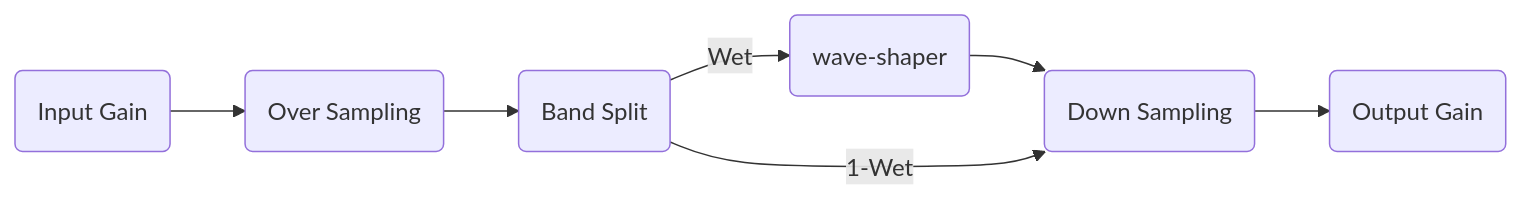
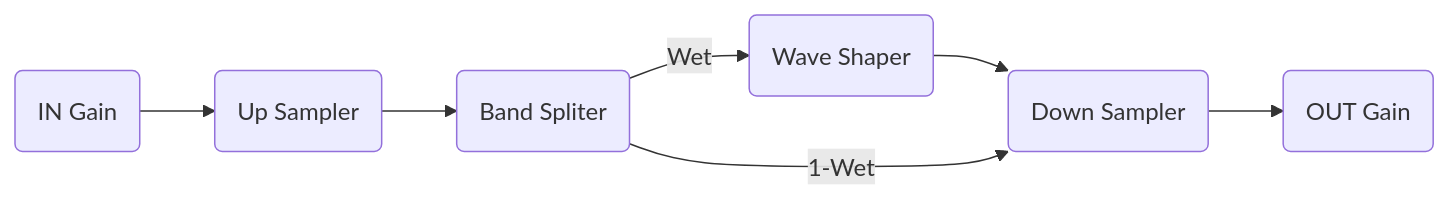
Before and after one commit to ZL-Audio/ZLInflator: the diagram in README.md, drawn with Mermaid. The commit also changed other lines of this file, not shown here.

````diff
--- a/README.md
+++ b/README.md
@@ -7,5 +7,5 @@
 ```mermaid
 flowchart LR
-A(Input Gain) -->O1(Over Sampling)-->D(Band Split)-->|Wet| B(wave-shaper) -->O2(Down Sampling) -->C(Output Gain)
+A(IN Gain) -->O1(Up Sampler)-->D(Band Spliter)-->|Wet| B(Wave Shaper) -->O2(Down Sampler) -->C(OUT Gain)
 D-->|1-Wet|O2
 ```
````
